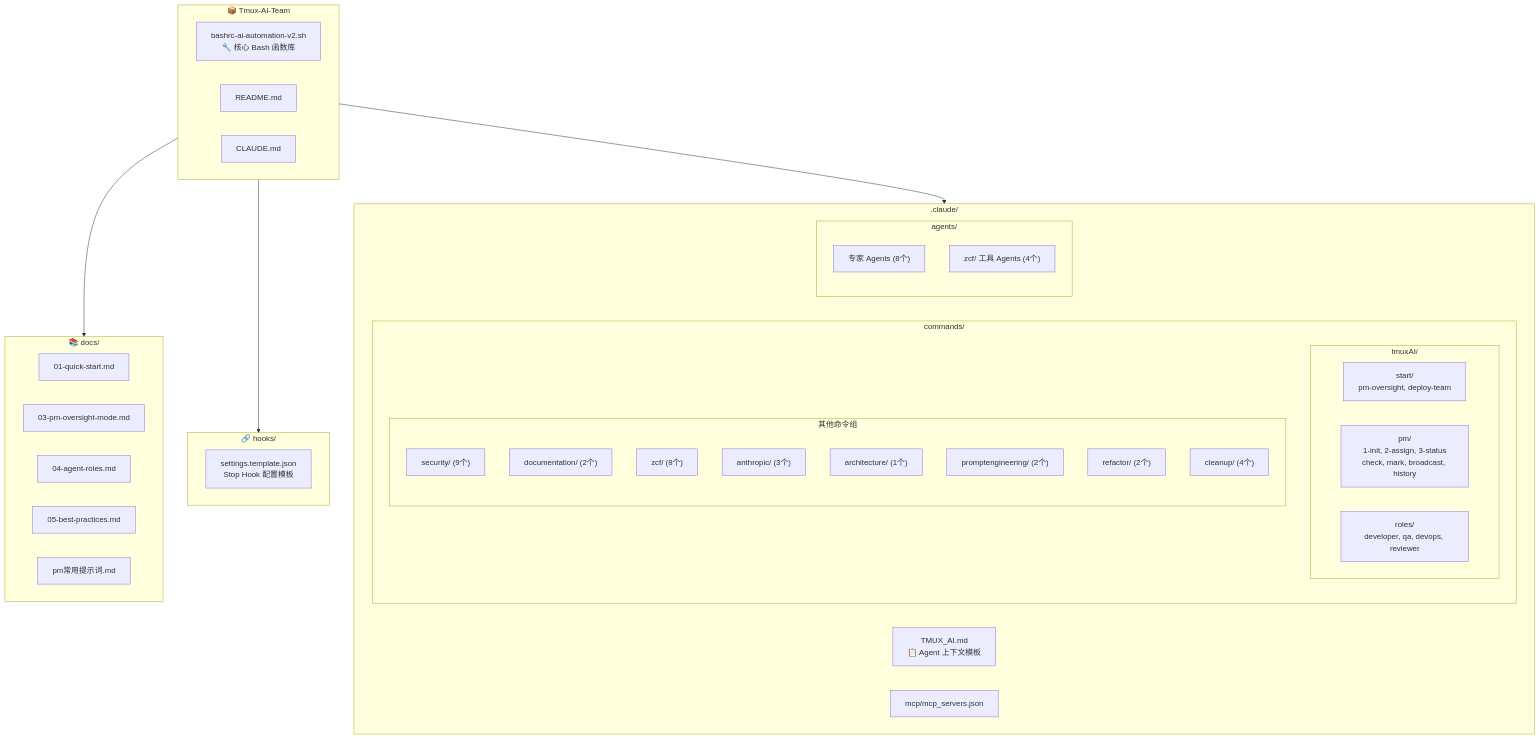
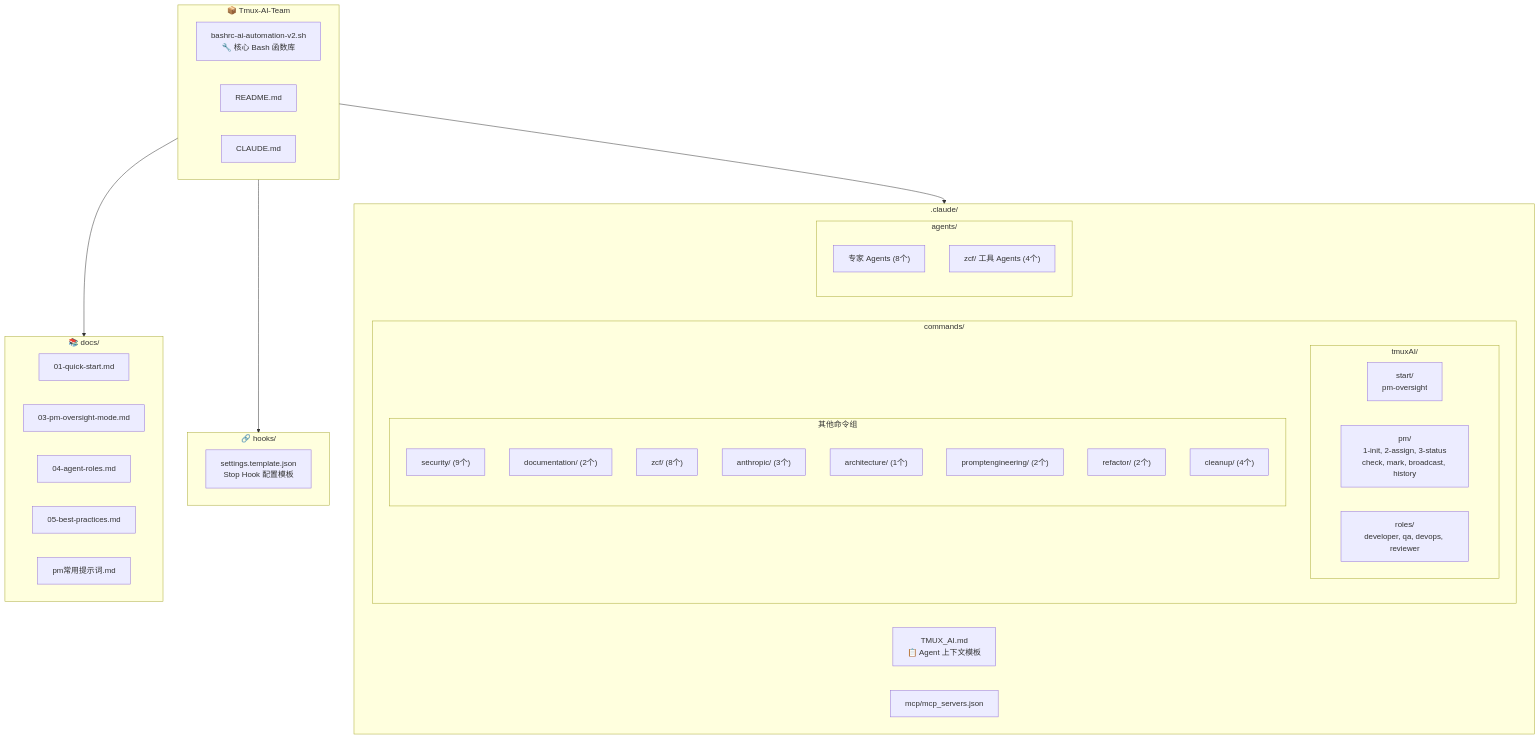
The first of 4 diagrams in CLAUDE.md (coolwoo/Tmux-AI-Team), drawn with Mermaid before and after one commit. The commit also changed other lines of this file and 5 other files, not shown here.

Commit message:
refactor: remove deploy-team command (merged into pm-oversight)

````diff
--- a/CLAUDE.md
+++ b/CLAUDE.md
@@ -30,53 +30,53 @@
 ```mermaid
 graph TB
     subgraph Root["📦 Tmux-AI-Team"]
         CORE["bashrc-ai-automation-v2.sh<br/>🔧 核心 Bash 函数库"]
         README["README.md"]
         CLAUDE["CLAUDE.md"]
     end
 
     subgraph Docs["📚 docs/"]
         D01["01-quick-start.md"]
         D03["03-pm-oversight-mode.md"]
         D04["04-agent-roles.md"]
         D05["05-best-practices.md"]
         D_PM["pm常用提示词.md"]
     end
 
     subgraph Hooks["🔗 hooks/"]
         HOOK_TEMPLATE["settings.template.json<br/>Stop Hook 配置模板"]
     end
 
     subgraph Claude[".claude/"]
         TMUX_AI["TMUX_AI.md<br/>📋 Agent 上下文模板"]
 
         subgraph Commands["commands/"]
             subgraph TmuxAI["tmuxAI/"]
-                START["start/<br/>pm-oversight, deploy-team"]
+                START["start/<br/>pm-oversight"]
                 PM["pm/<br/>1-init, 2-assign, 3-status<br/>check, mark, broadcast, history"]
                 ROLES["roles/<br/>developer, qa, devops, reviewer"]
             end
             subgraph Other["其他命令组"]
                 SECURITY["security/ (9个)"]
                 DOC["documentation/ (2个)"]
                 ZCF["zcf/ (8个)"]
                 ANTHRO["anthropic/ (3个)"]
                 ARCH["architecture/ (1个)"]
                 PROMPTENG["promptengineering/ (2个)"]
                 REFACTOR["refactor/ (2个)"]
                 CLEANUP["cleanup/ (4个)"]
             end
         end
 
         subgraph Agents["agents/"]
             AGENT1["专家 Agents (8个)"]
             AGENT_ZCF["zcf/ 工具 Agents (4个)"]
         end
 
         MCP["mcp/mcp_servers.json"]
     end
 
     Root --> Docs
     Root --> Hooks
     Root --> Claude
 ```
````
